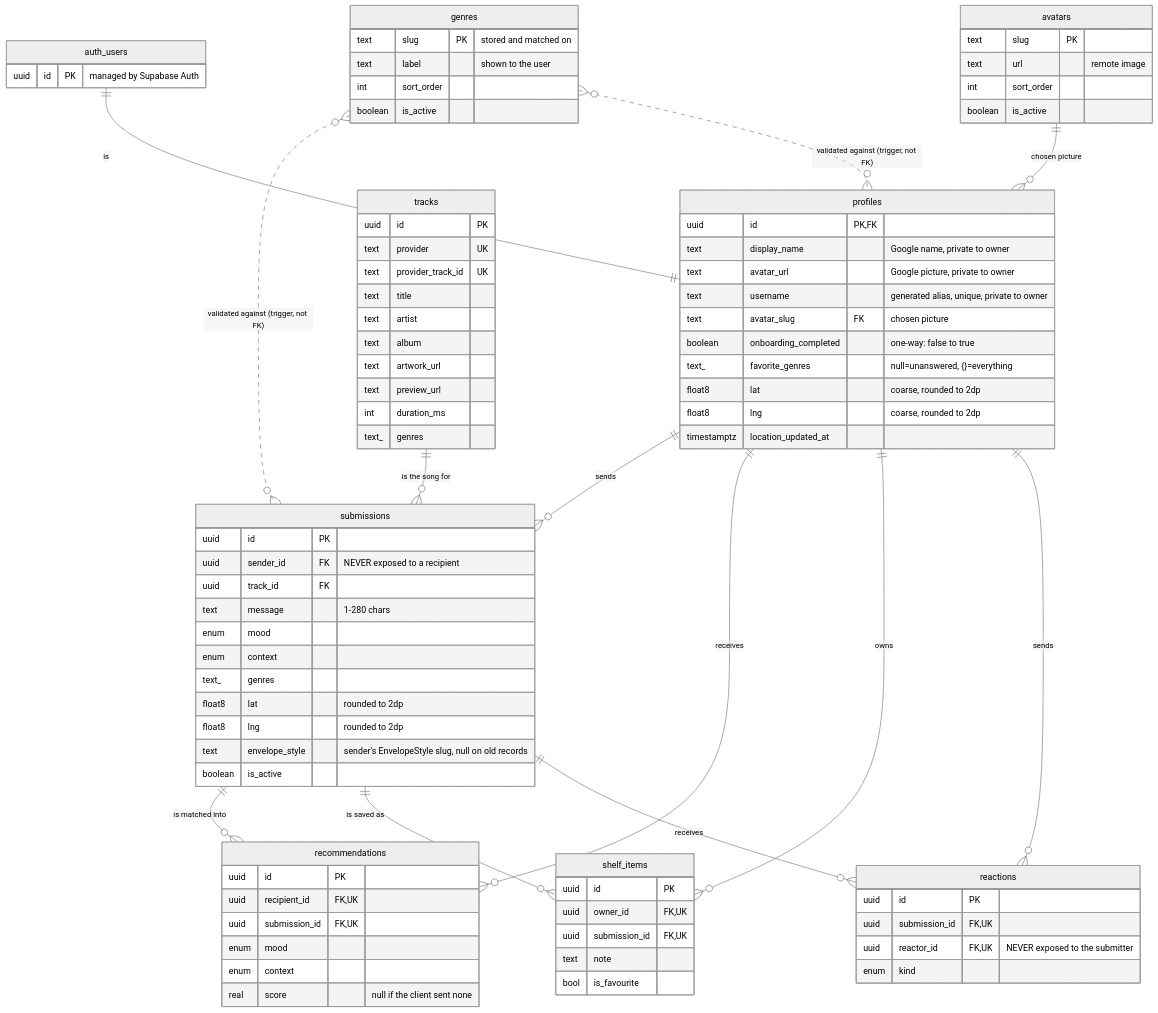
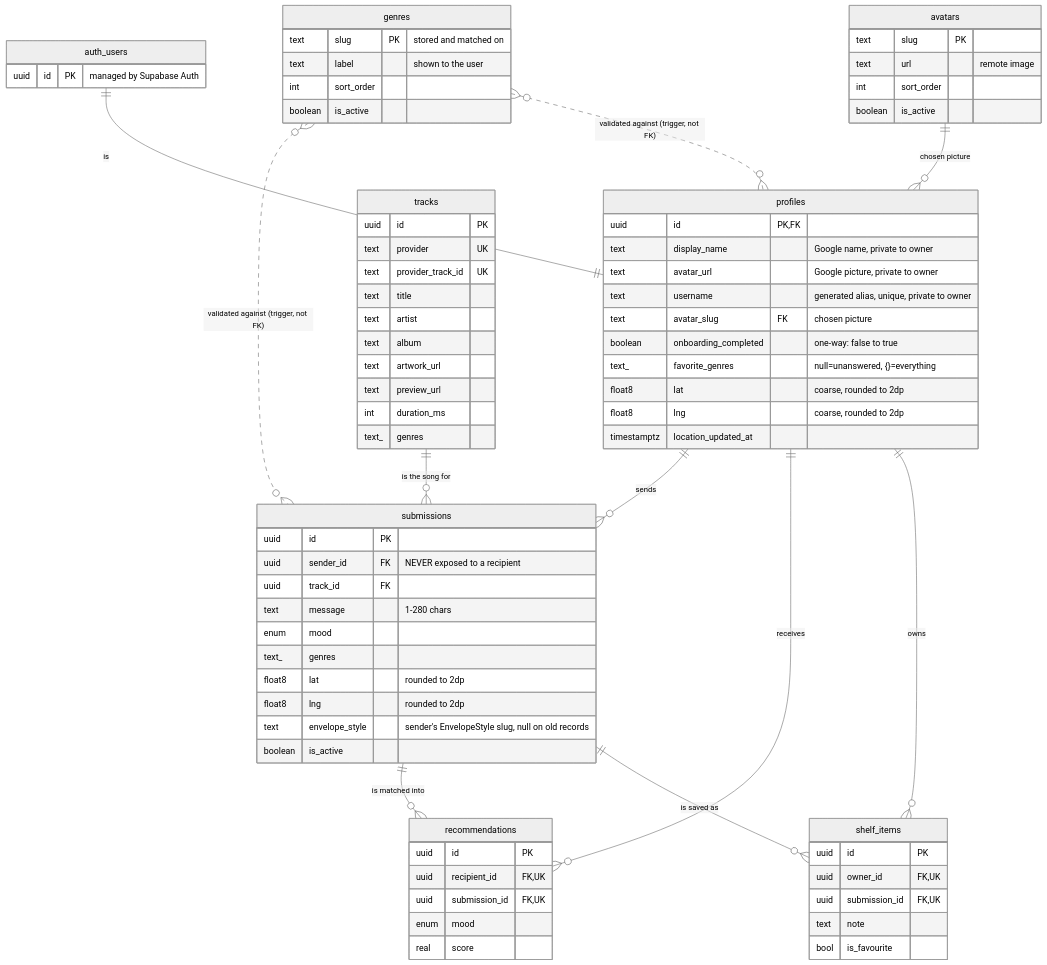
The diagram in docs/database.md (killlel/comp90018), drawn with Mermaid (neutral theme) before and after one commit. The commit also changed other lines of this file and 26 other files, not shown here.

First line of the commit message:
Remove unused features: reactions, context, split matcher

````diff
--- a/docs/database.md
+++ b/docs/database.md
@@ -69,8 +66,6 @@
     submissions    ||--o{  recommendations : "is matched into"
     profiles       ||--o{  shelf_items     : owns
     submissions    ||--o{  shelf_items     : "is saved as"
-    profiles       ||--o{  reactions       : sends
-    submissions    ||--o{  reactions       : receives
     genres         }o..o{  submissions     : "validated against (trigger, not FK)"
     genres         }o..o{  profiles        : "validated against (trigger, not FK)"
     avatars        ||--o{  profiles        : "chosen picture"
@@ -120,7 +115,6 @@
         uuid    track_id   FK
         text    message    "1-280 chars"
         enum    mood
-        enum    context
         text_   genres
         float8  lat        "rounded to 2dp"
         float8  lng        "rounded to 2dp"
@@ -132,8 +126,7 @@
         uuid  recipient_id  FK,UK
         uuid  submission_id FK,UK
         enum  mood
-        enum  context
-        real  score         "null if the client sent none"
+        real  score
     }
     shelf_items {
         uuid id            PK
@@ -142,10 +135,4 @@
         text note
         bool is_favourite
     }
-    reactions {
-        uuid id            PK
-        uuid submission_id FK,UK
-        uuid reactor_id    FK,UK "NEVER exposed to the submitter"
-        enum kind
-    }
 ```
````
